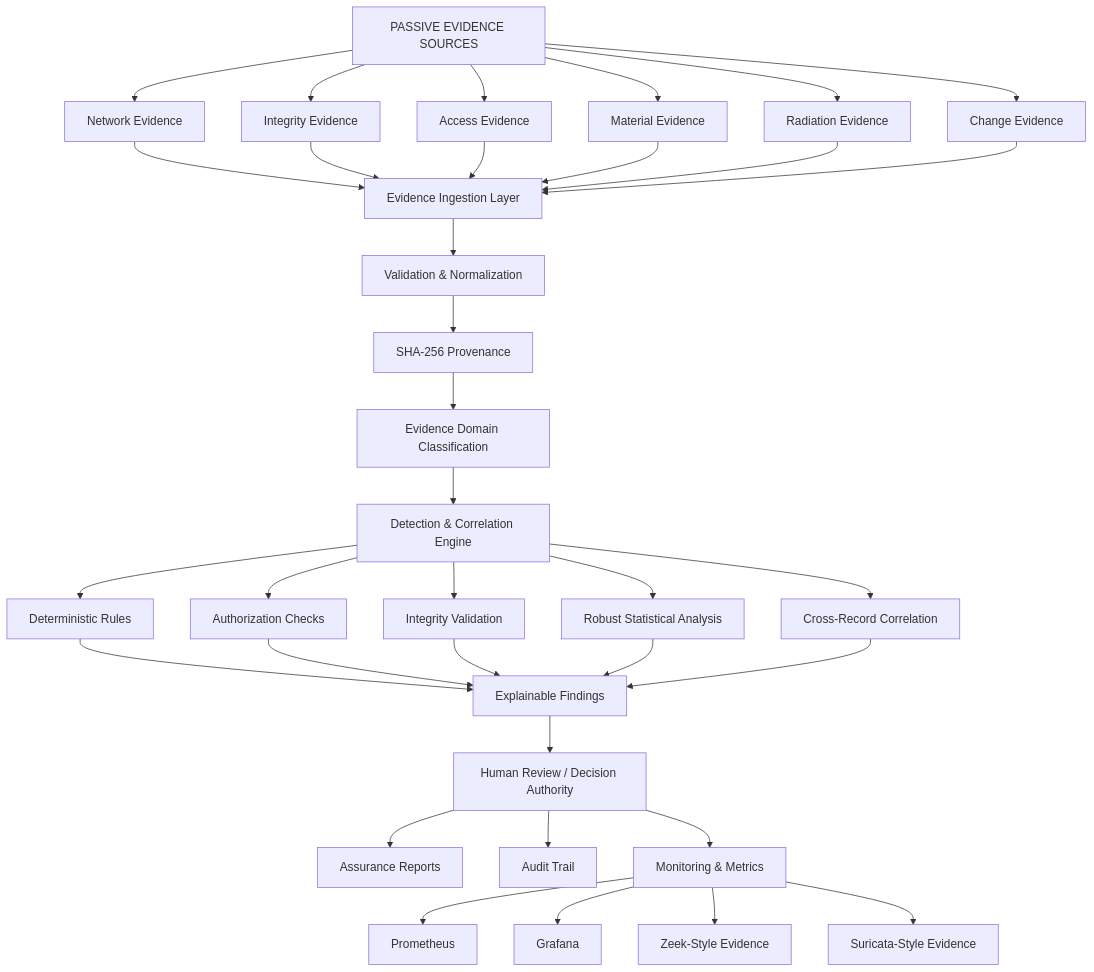
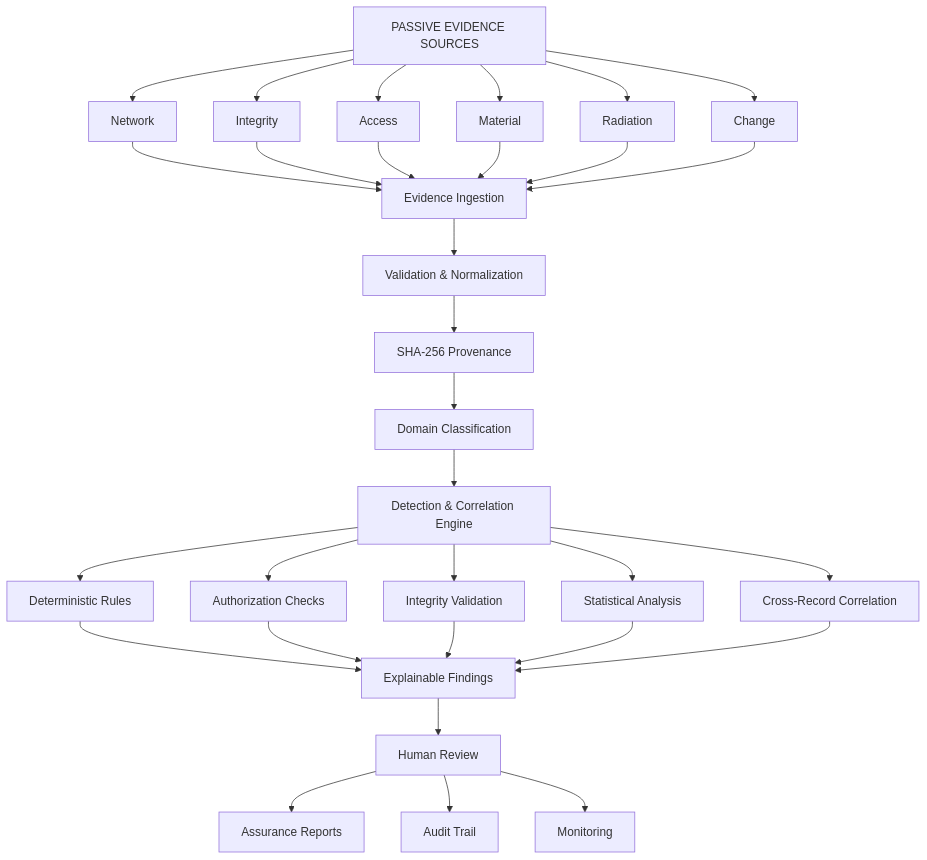
One commit to ruveeha33/NuclearShield changed the second of 8 diagrams in README.md. Above: the diagram before and after it, drawn with Mermaid. The commit also changed other lines of this file, not shown here.

````diff
--- a/README.md
+++ b/README.md
@@ -125,48 +125,43 @@
 ```mermaid
 flowchart TD
 
     INPUT["PASSIVE EVIDENCE SOURCES"]
 
-    INPUT --> NET["Network Evidence"]
-    INPUT --> INT["Integrity Evidence"]
-    INPUT --> ACC["Access Evidence"]
-    INPUT --> MAT["Material Evidence"]
-    INPUT --> RAD["Radiation Evidence"]
-    INPUT --> CHG["Change Evidence"]
+    INPUT --> NET["Network"]
+    INPUT --> INT["Integrity"]
+    INPUT --> ACC["Access"]
+    INPUT --> MAT["Material"]
+    INPUT --> RAD["Radiation"]
+    INPUT --> CHG["Change"]
 
-    NET --> INGEST["Evidence Ingestion Layer"]
+    NET --> INGEST["Evidence Ingestion"]
     INT --> INGEST
     ACC --> INGEST
     MAT --> INGEST
     RAD --> INGEST
     CHG --> INGEST
 
     INGEST --> VALIDATE["Validation & Normalization"]
     VALIDATE --> HASH["SHA-256 Provenance"]
-    HASH --> CLASSIFY["Evidence Domain Classification"]
+    HASH --> CLASSIFY["Domain Classification"]
 
     CLASSIFY --> ENGINE["Detection & Correlation Engine"]
 
     ENGINE --> RULES["Deterministic Rules"]
     ENGINE --> AUTH["Authorization Checks"]
     ENGINE --> INTEGRITY["Integrity Validation"]
-    ENGINE --> STATS["Robust Statistical Analysis"]
+    ENGINE --> STATS["Statistical Analysis"]
     ENGINE --> CORR["Cross-Record Correlation"]
 
     RULES --> FINDINGS["Explainable Findings"]
     AUTH --> FINDINGS
     INTEGRITY --> FINDINGS
     STATS --> FINDINGS
     CORR --> FINDINGS
 
-    FINDINGS --> HUMAN["Human Review / Decision Authority"]
+    FINDINGS --> HUMAN["Human Review"]
 
     HUMAN --> REPORT["Assurance Reports"]
     HUMAN --> AUDIT["Audit Trail"]
-    HUMAN --> MONITOR["Monitoring & Metrics"]
-
-    MONITOR --> PROM["Prometheus"]
-    MONITOR --> GRAF["Grafana"]
-    MONITOR --> ZEEK["Zeek-Style Evidence"]
-    MONITOR --> SURI["Suricata-Style Evidence"]
+    HUMAN --> MONITOR["Monitoring"]
 ```
````
